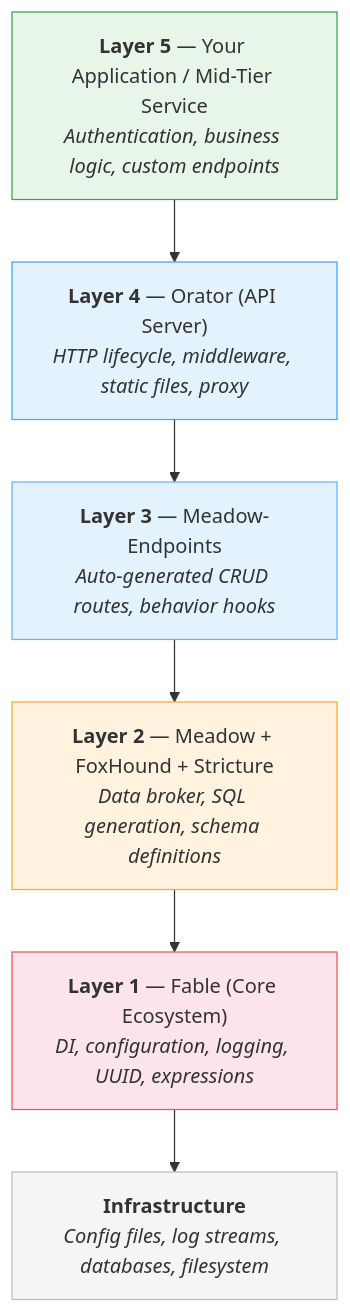
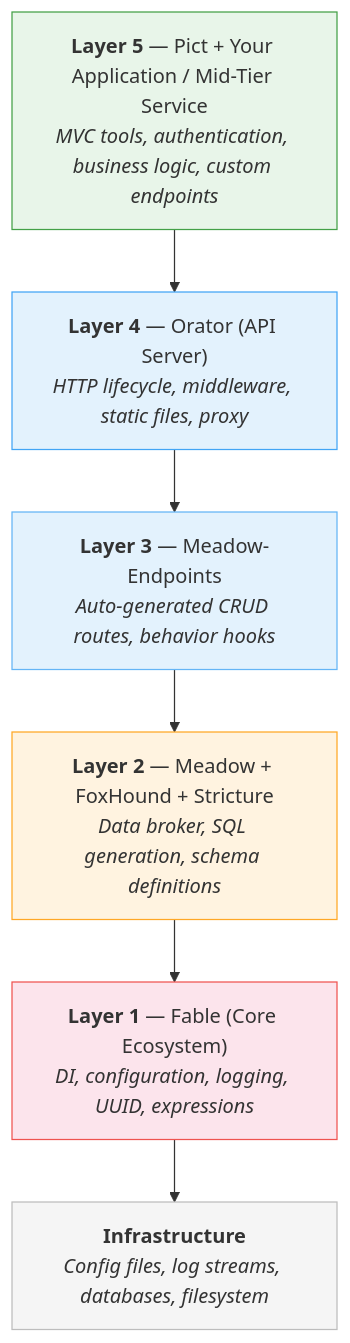
The first of 7 diagrams in docs/architecture/architecture.md (stevenvelozo/retold), drawn with Mermaid before and after one commit. The commit also changed other lines of this file and 20 other files, not shown here.

````diff
--- a/docs/architecture/architecture.md
+++ b/docs/architecture/architecture.md
@@ -9,22 +9,22 @@
 ```mermaid
 graph TB
-  L5["<b>Layer 5</b> — Your Application / Mid-Tier Service<br/><i>Authentication, business logic, custom endpoints</i>"]
+  L5["<b>Layer 5</b> — Pict + Your Application / Mid-Tier Service<br/><i>MVC tools, authentication, business logic, custom endpoints</i>"]
   L4["<b>Layer 4</b> — Orator (API Server)<br/><i>HTTP lifecycle, middleware, static files, proxy</i>"]
   L3["<b>Layer 3</b> — Meadow-Endpoints<br/><i>Auto-generated CRUD routes, behavior hooks</i>"]
   L2["<b>Layer 2</b> — Meadow + FoxHound + Stricture<br/><i>Data broker, SQL generation, schema definitions</i>"]
   L1["<b>Layer 1</b> — Fable (Core Ecosystem)<br/><i>DI, configuration, logging, UUID, expressions</i>"]
   Infra["<b>Infrastructure</b><br/><i>Config files, log streams, databases, filesystem</i>"]
 
   L5 --> L4
   L4 --> L3
   L3 --> L2
   L2 --> L1
   L1 --> Infra
 
   style L5 fill:#e8f5e9,stroke:#43a047,color:#333
   style L4 fill:#e3f2fd,stroke:#42a5f5,color:#333
   style L3 fill:#e3f2fd,stroke:#64b5f6,color:#333
   style L2 fill:#fff3e0,stroke:#ffa726,color:#333
   style L1 fill:#fce4ec,stroke:#ef5350,color:#333
   style Infra fill:#f5f5f5,stroke:#bdbdbd,color:#333
 ```
````
